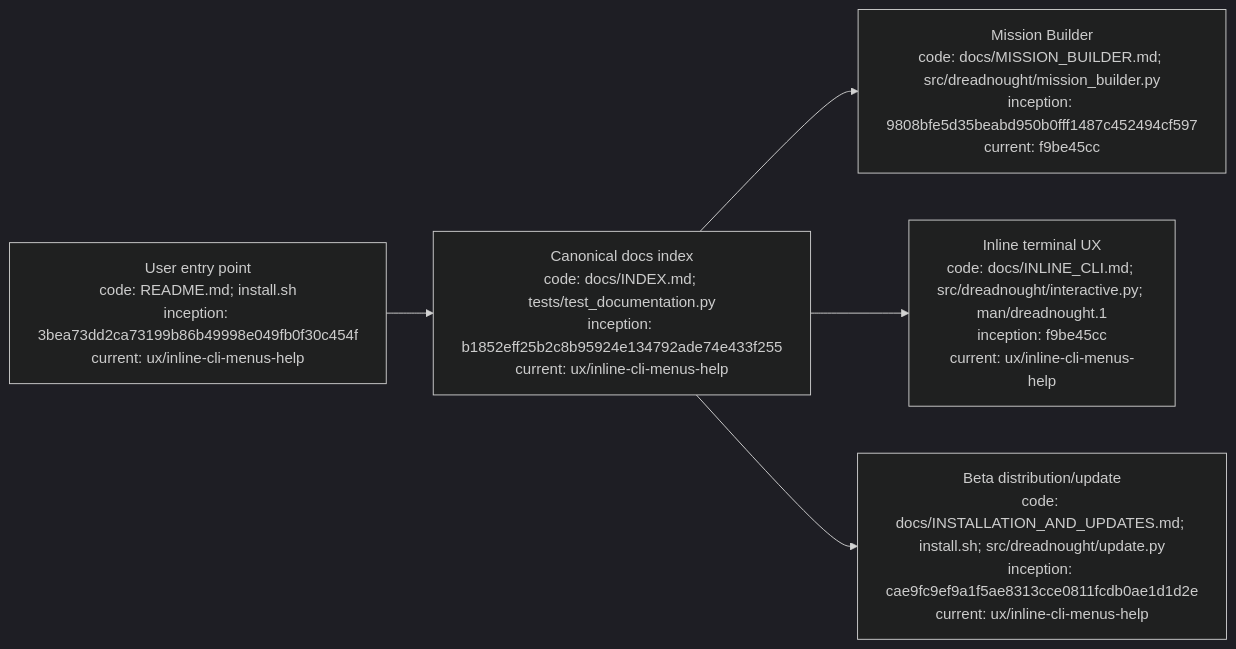
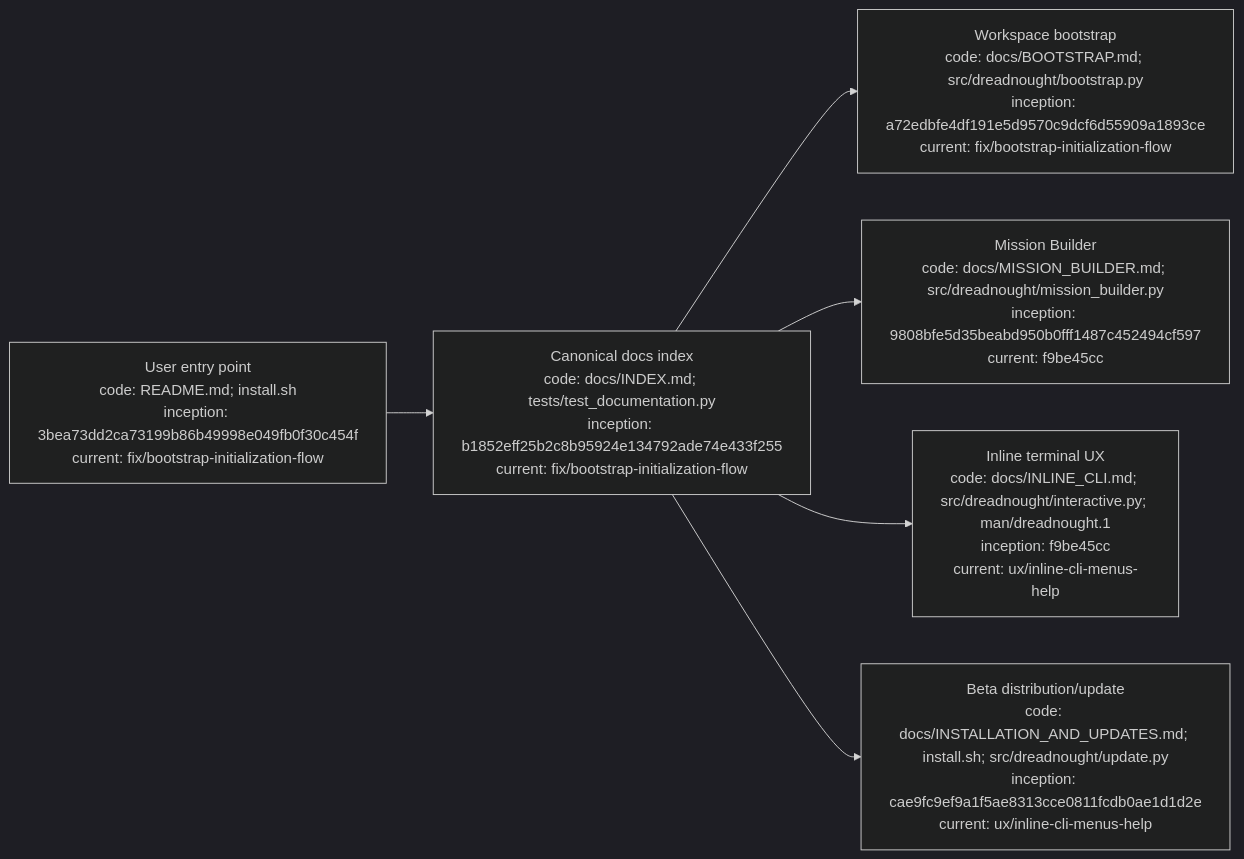
Before and after one commit to seanbman/dreadnought: the diagram in docs/INDEX.md, drawn with Mermaid (dark theme). The commit also changed other lines of this file, not shown here.

Commit message:
docs: index workspace bootstrap flow

````diff
--- a/docs/INDEX.md
+++ b/docs/INDEX.md
@@ -65,7 +66,8 @@
 ```mermaid
 flowchart LR
-    R["User entry point\ncode: README.md; install.sh\ninception: 3bea73dd2ca73199b86b49998e049fb0f30c454f\ncurrent: ux/inline-cli-menus-help"] --> I["Canonical docs index\ncode: docs/INDEX.md; tests/test_documentation.py\ninception: b1852eff25b2c8b95924e134792ade74e433f255\ncurrent: ux/inline-cli-menus-help"]
+    R["User entry point\ncode: README.md; install.sh\ninception: 3bea73dd2ca73199b86b49998e049fb0f30c454f\ncurrent: fix/bootstrap-initialization-flow"] --> I["Canonical docs index\ncode: docs/INDEX.md; tests/test_documentation.py\ninception: b1852eff25b2c8b95924e134792ade74e433f255\ncurrent: fix/bootstrap-initialization-flow"]
+    I --> B["Workspace bootstrap\ncode: docs/BOOTSTRAP.md; src/dreadnought/bootstrap.py\ninception: a72edbfe4df191e5d9570c9dcf6d55909a1893ce\ncurrent: fix/bootstrap-initialization-flow"]
     I --> M["Mission Builder\ncode: docs/MISSION_BUILDER.md; src/dreadnought/mission_builder.py\ninception: 9808bfe5d35beabd950b0fff1487c452494cf597\ncurrent: f9be45cc"]
     I --> T["Inline terminal UX\ncode: docs/INLINE_CLI.md; src/dreadnought/interactive.py; man/dreadnought.1\ninception: f9be45cc\ncurrent: ux/inline-cli-menus-help"]
-    I --> B["Beta distribution/update\ncode: docs/INSTALLATION_AND_UPDATES.md; install.sh; src/dreadnought/update.py\ninception: cae9fc9ef9a1f5ae8313cce0811fcdb0ae1d1d2e\ncurrent: ux/inline-cli-menus-help"]
+    I --> U["Beta distribution/update\ncode: docs/INSTALLATION_AND_UPDATES.md; install.sh; src/dreadnought/update.py\ninception: cae9fc9ef9a1f5ae8313cce0811fcdb0ae1d1d2e\ncurrent: ux/inline-cli-menus-help"]
 ```
````
